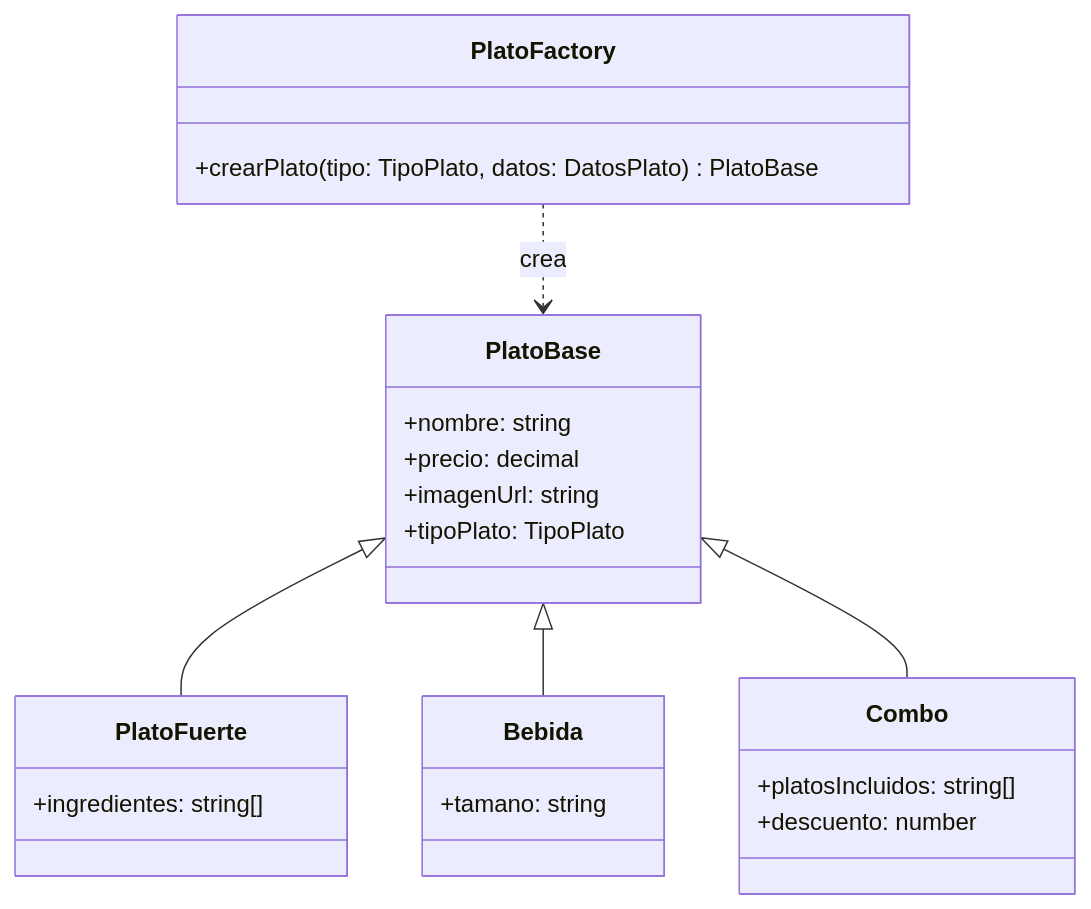
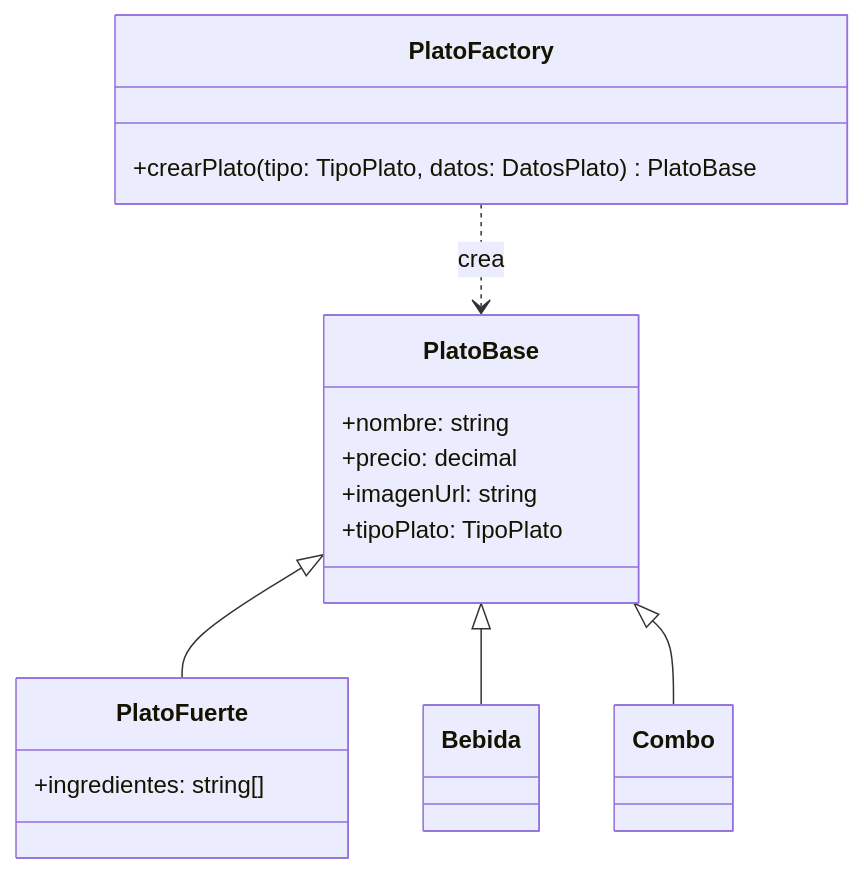
The diagram in docs/04-patrones/factory-method.md (SLarkZ01/E-commerce-de-Restaurante), drawn with Mermaid before and after one commit. The commit also changed other lines of this file and 44 other files, not shown here.

````diff
--- a/docs/04-patrones/factory-method.md
+++ b/docs/04-patrones/factory-method.md
@@ -35,31 +35,28 @@
 ```mermaid
 classDiagram
     class PlatoBase {
         +nombre: string
         +precio: decimal
         +imagenUrl: string
         +tipoPlato: TipoPlato
     }
 
     class PlatoFuerte {
         +ingredientes: string[]
     }
 
     class Bebida {
-        +tamano: string
     }
 
     class Combo {
-        +platosIncluidos: string[]
-        +descuento: number
     }
 
     class PlatoFactory {
         +crearPlato(tipo: TipoPlato, datos: DatosPlato) PlatoBase
     }
 
     PlatoBase <|-- PlatoFuerte
     PlatoBase <|-- Bebida
     PlatoBase <|-- Combo
     PlatoFactory ..> PlatoBase : crea
 ```
````
